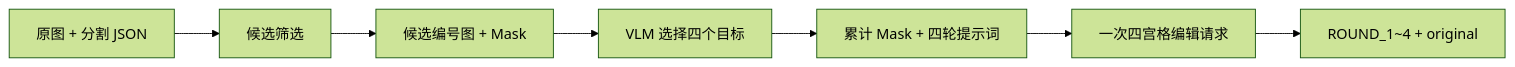
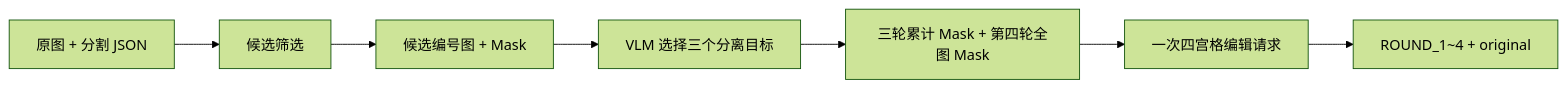
The diagram in README.md (WolfRanok/CascadeForge), drawn with Mermaid (forest theme) before and after one commit. The commit also changed other lines of this file and 6 other files, not shown here.

````diff
--- a/README.md
+++ b/README.md
@@ -21,9 +21,9 @@
 ```mermaid
 flowchart LR
     A[原图 + 分割 JSON] --> B[候选筛选]
     B --> C[候选编号图 + Mask]
-    C --> D[VLM 选择四个目标]
-    D --> E[累计 Mask + 四轮提示词]
+    C --> D[VLM 选择三个分离目标]
+    D --> E[三轮累计 Mask + 第四轮全图 Mask]
     E --> F[一次四宫格编辑请求]
     F --> G[ROUND_1~4 + original]
 ```
````
